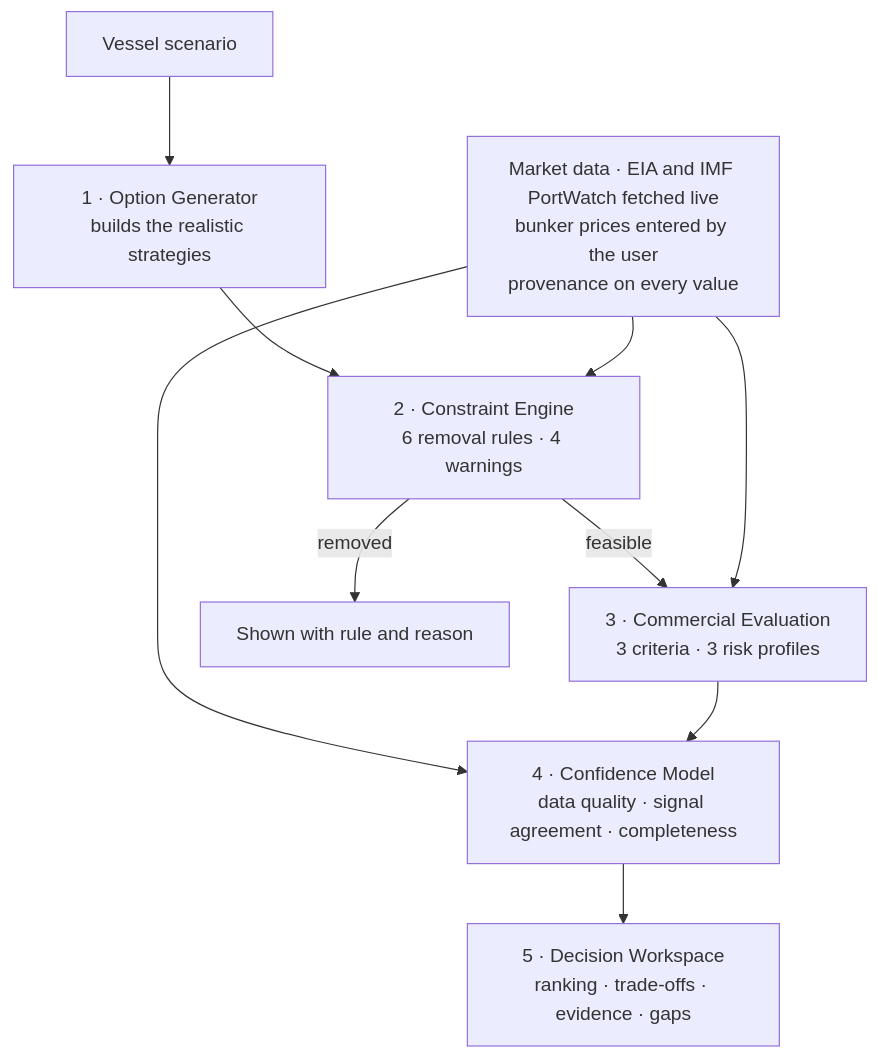
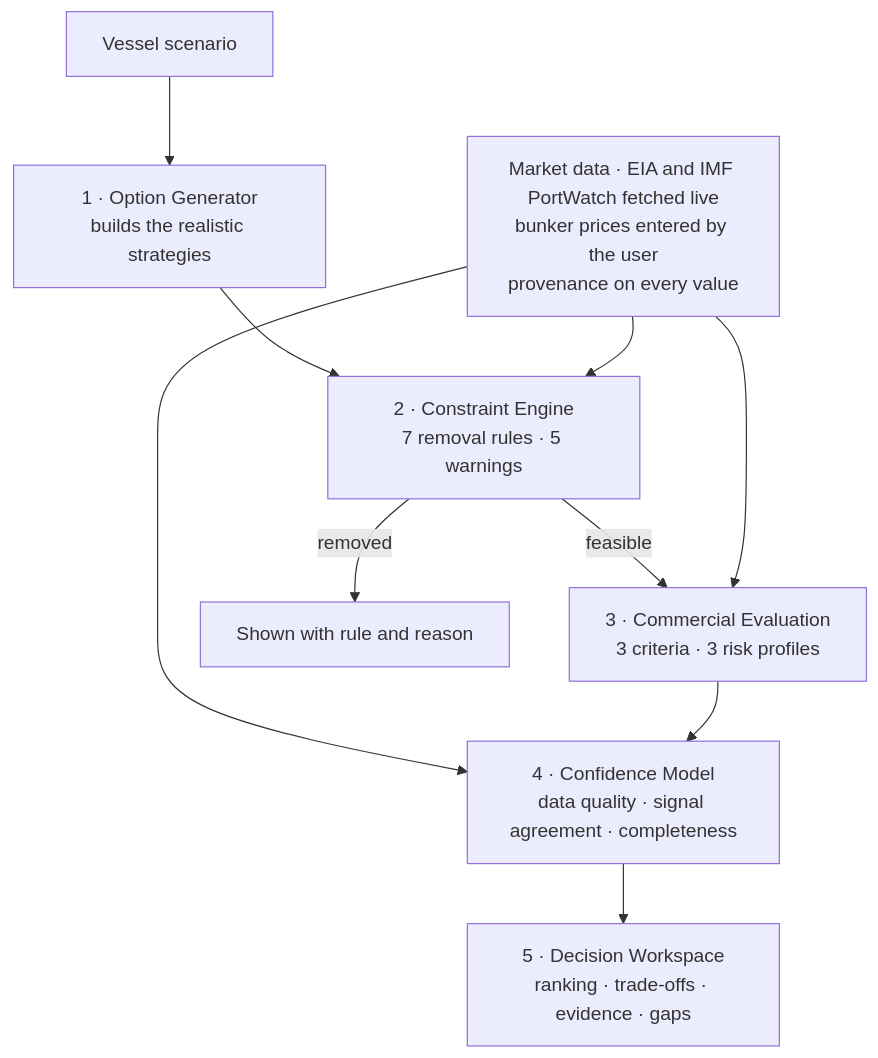
Before and after one commit to linusteo-hub/BrokerBrief: the diagram in README.md, drawn with Mermaid. The commit also changed other lines of this file and 21 other files, not shown here.

````diff
--- a/README.md
+++ b/README.md
@@ -13,12 +13,12 @@
 ```mermaid
 flowchart TD
     A[Vessel scenario] --> B[1 · Option Generator<br/>builds the realistic strategies]
-    B --> C[2 · Constraint Engine<br/>6 removal rules · 4 warnings]
+    B --> C[2 · Constraint Engine<br/>7 removal rules · 5 warnings]
     C -->|feasible| D[3 · Commercial Evaluation<br/>3 criteria · 3 risk profiles]
     C -->|removed| G[Shown with rule and reason]
     L[Market data · EIA and IMF PortWatch fetched live<br/>bunker prices entered by the user<br/>provenance on every value] --> C
     L --> D
     L --> E
     D --> E[4 · Confidence Model<br/>data quality · signal agreement · completeness]
     E --> F[5 · Decision Workspace<br/>ranking · trade-offs · evidence · gaps]
 ```
````
